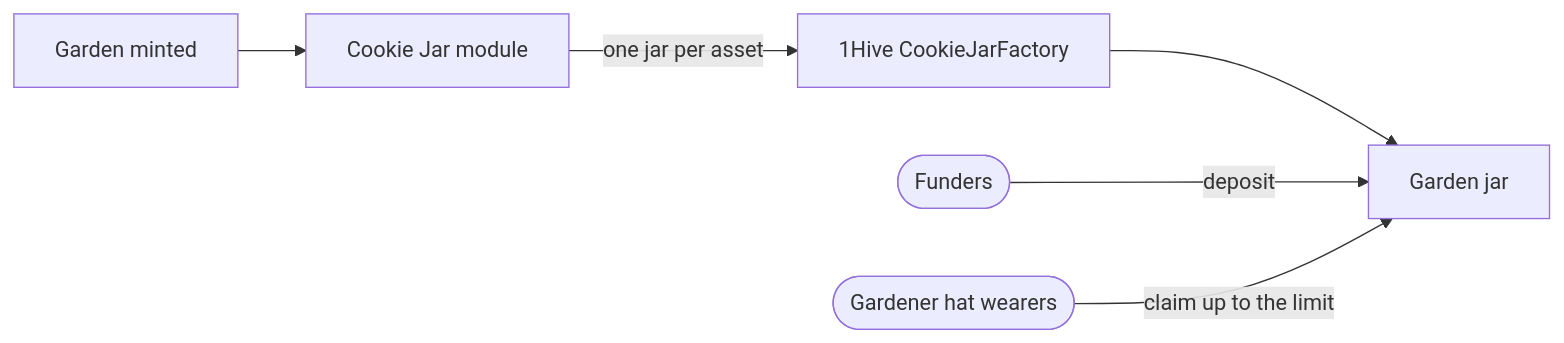
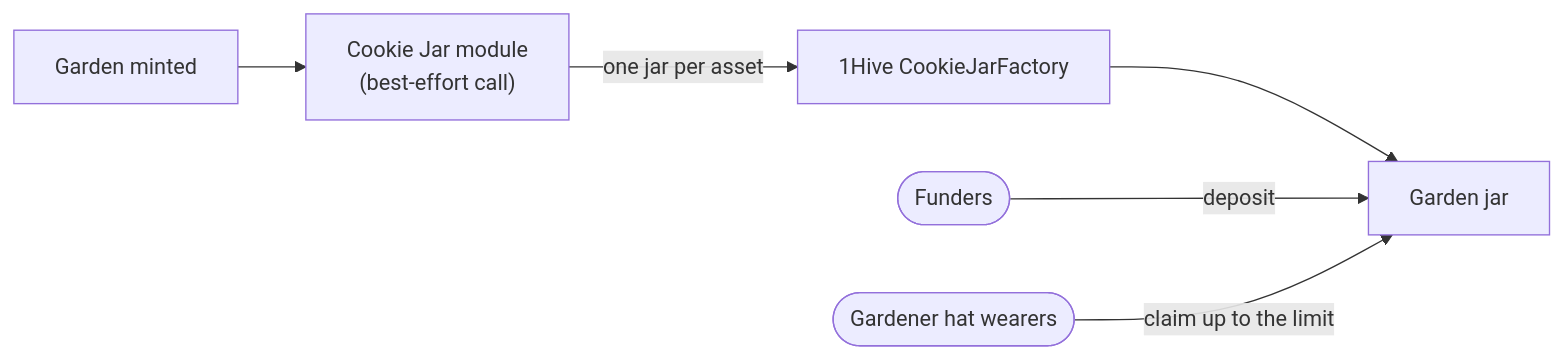
The diagram in docs/docs/builders/integrations/cookie-jar.mdx (greenpill-dev-guild/green-goods), drawn with Mermaid before and after one commit. The commit also changed other lines of this file and 4 other files, not shown here.

````diff
--- a/docs/docs/builders/integrations/cookie-jar.mdx
+++ b/docs/docs/builders/integrations/cookie-jar.mdx
@@ -38,8 +54,8 @@
 ```mermaid
 flowchart LR
-  mint["Garden minted"] --> module["Cookie Jar module"]
+  mint["Garden minted"] --> module["Cookie Jar module<br/>(best-effort call)"]
   module -->|one jar per asset| factory["1Hive CookieJarFactory"]
   factory --> jar["Garden jar"]
   funders([Funders]) -->|deposit| jar
   gardeners([Gardener hat wearers]) -->|claim up to the limit| jar
 ```
````
